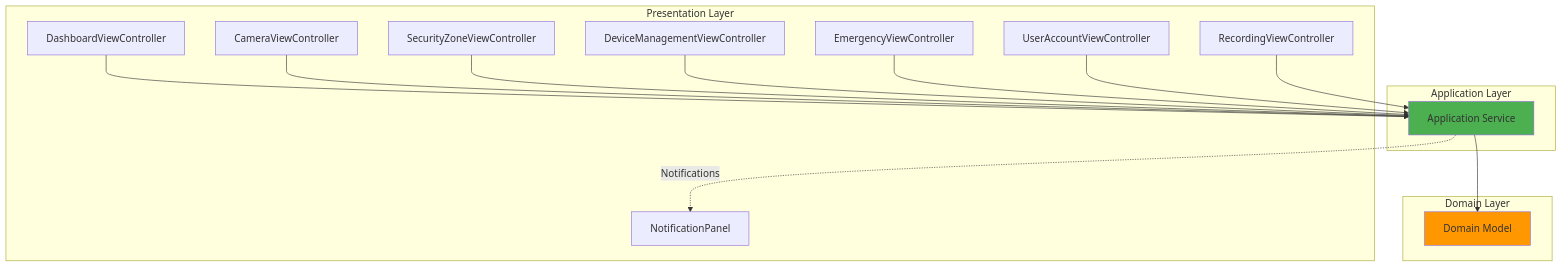
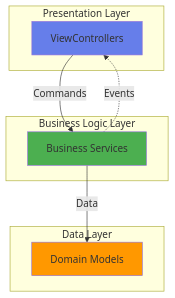
One commit to mj010101/swe_25f changed diagram 11 of 11 in diagrams/presentation_class_diagram.md. Above: the diagram before and after it, drawn with Mermaid. The commit also changed other lines of this file and 1 other file, not shown here.

Commit message:
fix: presentation layer diagram

````diff
--- a/diagrams/presentation_class_diagram.md
+++ b/diagrams/presentation_class_diagram.md
@@ -1099,35 +294,22 @@
 ```mermaid
 graph TB
     subgraph "Presentation Layer"
-        DVC[DashboardViewController]
-        CVC[CameraViewController]
-        SZVC[SecurityZoneViewController]
-        DMVC[DeviceManagementViewController]
-        EVC[EmergencyViewController]
-        UAVC[UserAccountViewController]
-        RVC[RecordingViewController]
-        NP[NotificationPanel]
+        VC[ViewControllers]
     end
 
-    subgraph "Application Layer"
-        AS[Application Service]
+    subgraph "Business Logic Layer"
+        BL[Business Services]
     end
 
-    subgraph "Domain Layer"
-        DM[Domain Model]
+    subgraph "Data Layer"
+        DL[Domain Models]
     end
 
-    DVC --> AS
-    CVC --> AS
-    SZVC --> AS
-    DMVC --> AS
-    EVC --> AS
-    UAVC --> AS
-    RVC --> AS
+    VC -->|Commands| BL
+    BL -->|Data| DL
+    BL -.Events.-> VC
 
-    AS --> DM
-    AS -.Notifications.-> NP
-
-    style AS fill:#4CAF50
-    style DM fill:#FF9800
+    style VC fill:#667eea
+    style BL fill:#4CAF50
+    style DL fill:#FF9800
 ```
````
